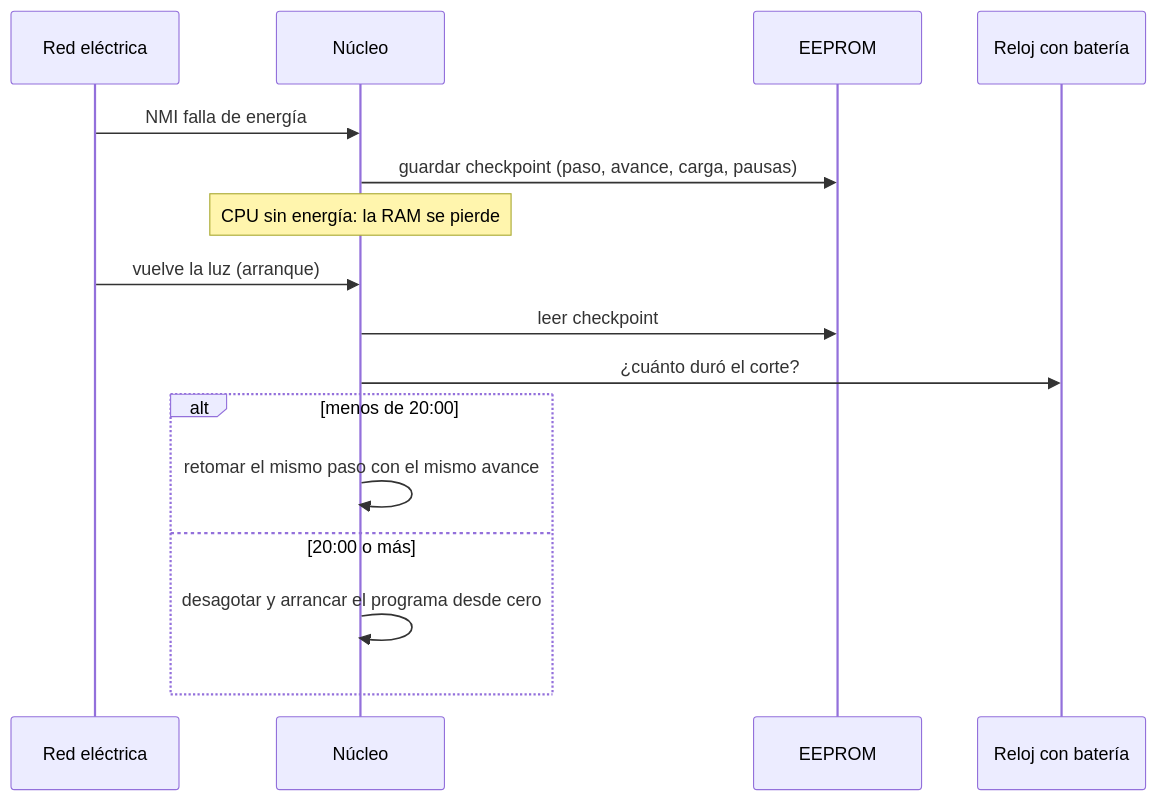
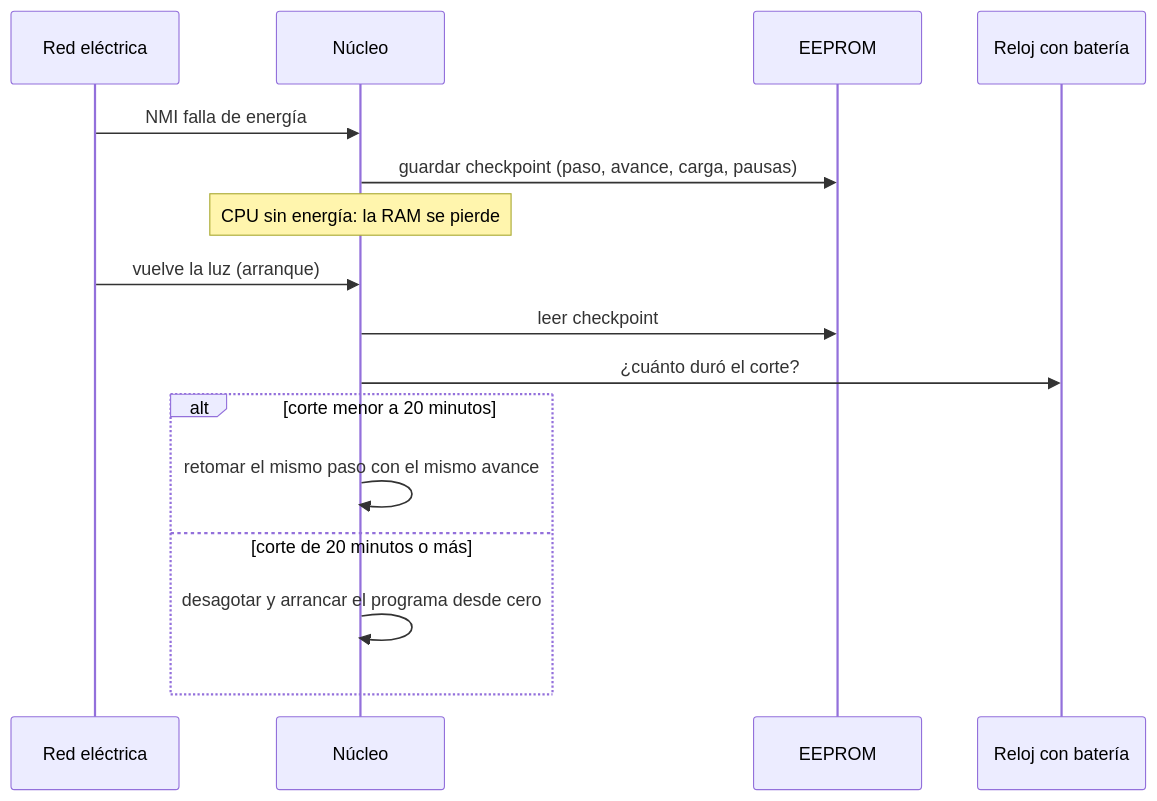
Before and after one commit to Angelitot/Proyecto-de-Lavarropas---Sistema-Operativo: the fifth of 5 diagrams in docs/arquitectura.md, drawn with Mermaid.

Commit message:
Docs: etiquetas del diagrama de corte de luz sin dos puntos (Mermaid)

````diff
--- a/docs/arquitectura.md
+++ b/docs/arquitectura.md
@@ -130,18 +130,18 @@
 ```mermaid
 sequenceDiagram
   participant R as Red eléctrica
   participant K as Núcleo
   participant E as EEPROM
   participant RTC as Reloj con batería
   R->>K: NMI falla de energía
   K->>E: guardar checkpoint (paso, avance, carga, pausas)
   Note over K: CPU sin energía: la RAM se pierde
   R->>K: vuelve la luz (arranque)
   K->>E: leer checkpoint
   K->>RTC: ¿cuánto duró el corte?
-  alt menos de 20:00
+  alt corte menor a 20 minutos
     K->>K: retomar el mismo paso con el mismo avance
-  else 20:00 o más
+  else corte de 20 minutos o más
     K->>K: desagotar y arrancar el programa desde cero
   end
 ```
````
